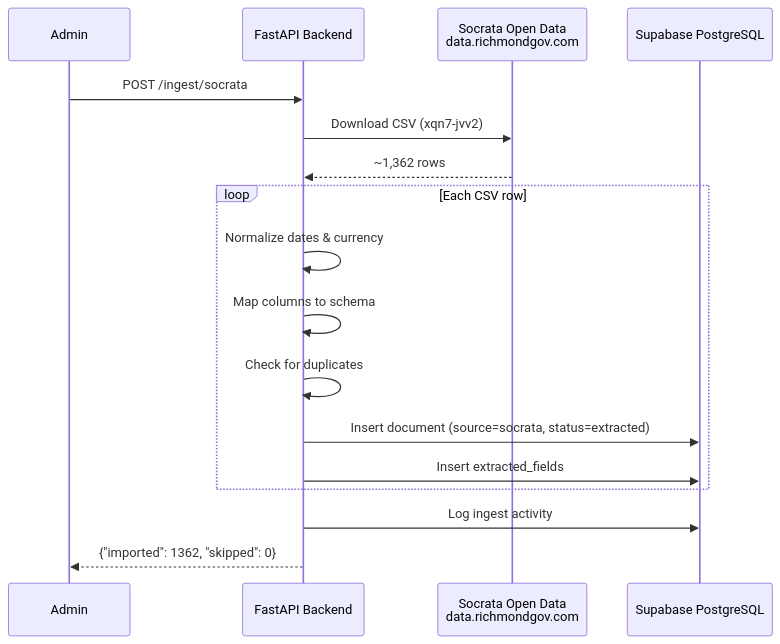
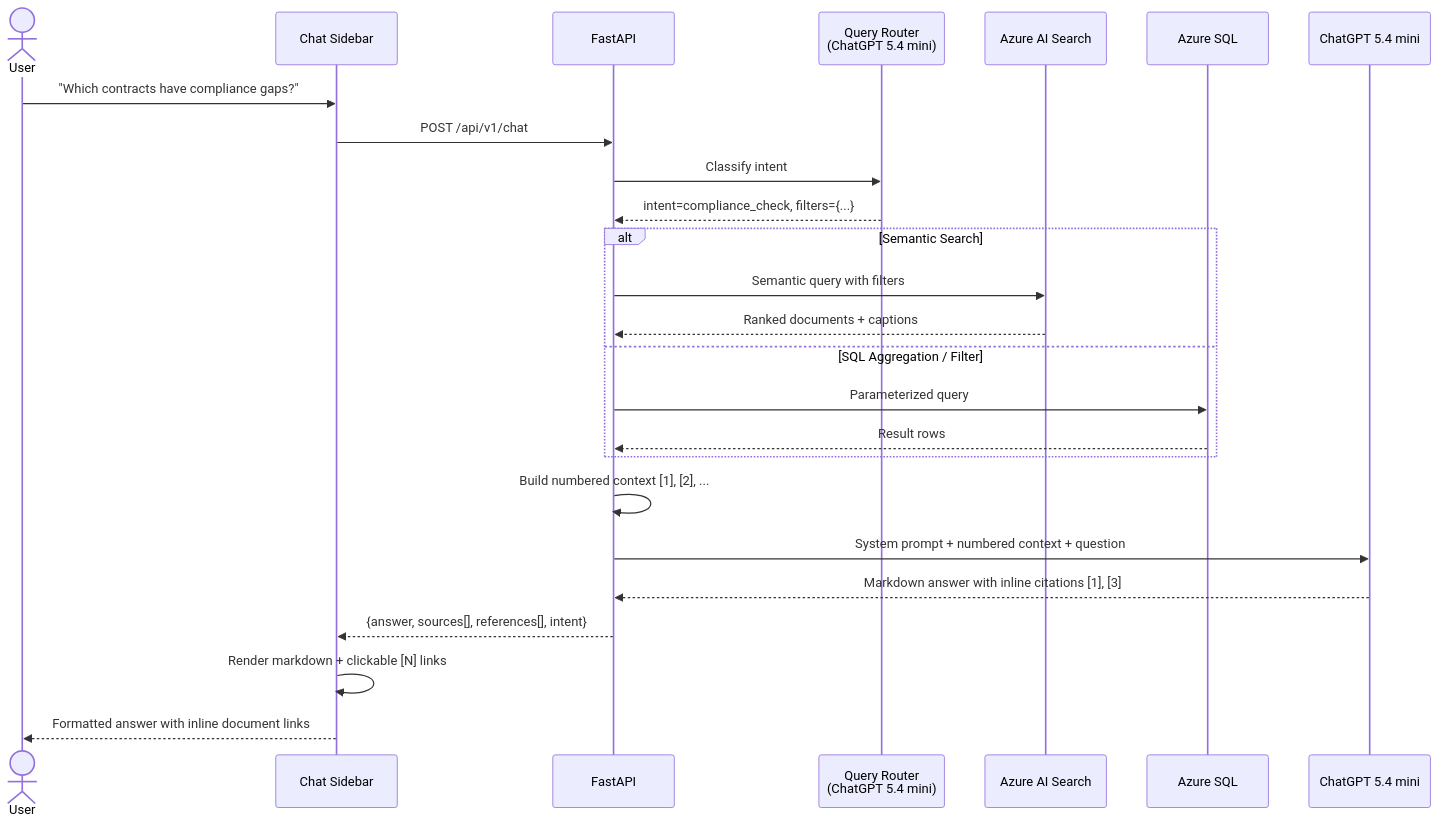
The third of 4 diagrams in README.md (drubiodev/hack-for-rva), drawn with Mermaid before and after one commit. The commit also changed other lines of this file, not shown here.

First line of the commit message:
docs: rewrite README for v2 — chatbot, Azure SQL, AI Search, intelligence

````diff
--- a/README.md
+++ b/README.md
@@ -128,22 +130,32 @@
 ```mermaid
 sequenceDiagram
-    participant Admin
-    participant API as FastAPI Backend
-    participant SOC as Socrata Open Data<br/>data.richmondgov.com
-    participant DB as Supabase PostgreSQL
+    actor User
+    participant Panel as Chat Sidebar
+    participant API as FastAPI
+    participant QR as Query Router<br/>(ChatGPT 5.4 mini)
+    participant SRCH as Azure AI Search
+    participant SQL as Azure SQL
+    participant LLM as ChatGPT 5.4 mini
 
-    Admin->>API: POST /ingest/socrata
-    API->>SOC: Download CSV (xqn7-jvv2)
-    SOC-->>API: ~1,362 rows
+    User->>Panel: "Which contracts have compliance gaps?"
+    Panel->>API: POST /api/v1/chat
 
-    loop Each CSV row
-        API->>API: Normalize dates & currency
-        API->>API: Map columns to schema
-        API->>API: Check for duplicates
-        API->>DB: Insert document (source=socrata, status=extracted)
-        API->>DB: Insert extracted_fields
+    API->>QR: Classify intent
+    QR-->>API: intent=compliance_check, filters={...}
+
+    alt Semantic Search
+        API->>SRCH: Semantic query with filters
+        SRCH-->>API: Ranked documents + captions
+    else SQL Aggregation / Filter
+        API->>SQL: Parameterized query
+        SQL-->>API: Result rows
     end
 
-    API->>DB: Log ingest activity
-    API-->>Admin: {"imported": 1362, "skipped": 0}
+    API->>API: Build numbered context [1], [2], ...
+    API->>LLM: System prompt + numbered context + question
+    LLM-->>API: Markdown answer with inline citations [1], [3]
+
+    API-->>Panel: {answer, sources[], references[], intent}
+    Panel->>Panel: Render markdown + clickable [N] links
+    Panel-->>User: Formatted answer with inline document links
 ```
````
